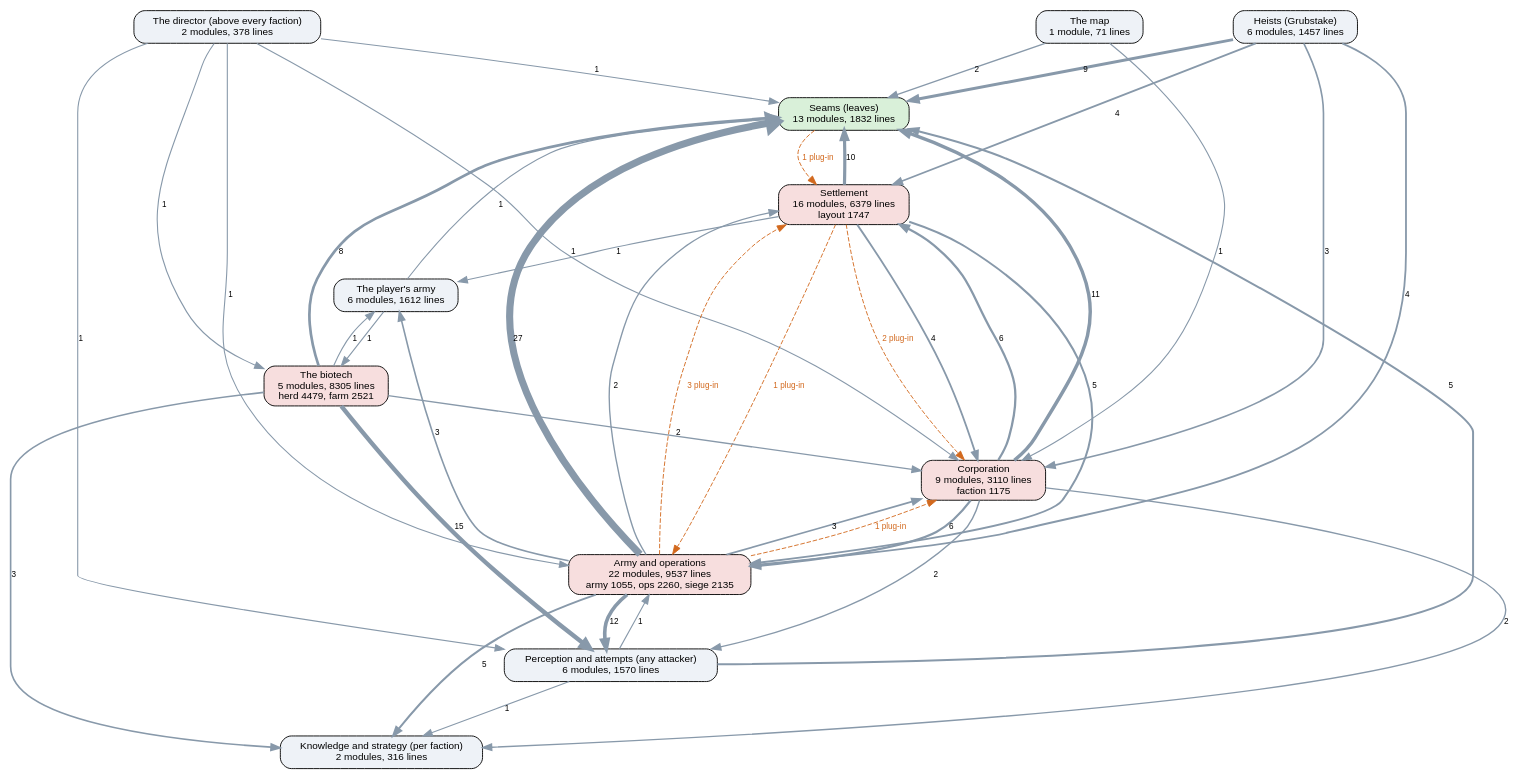
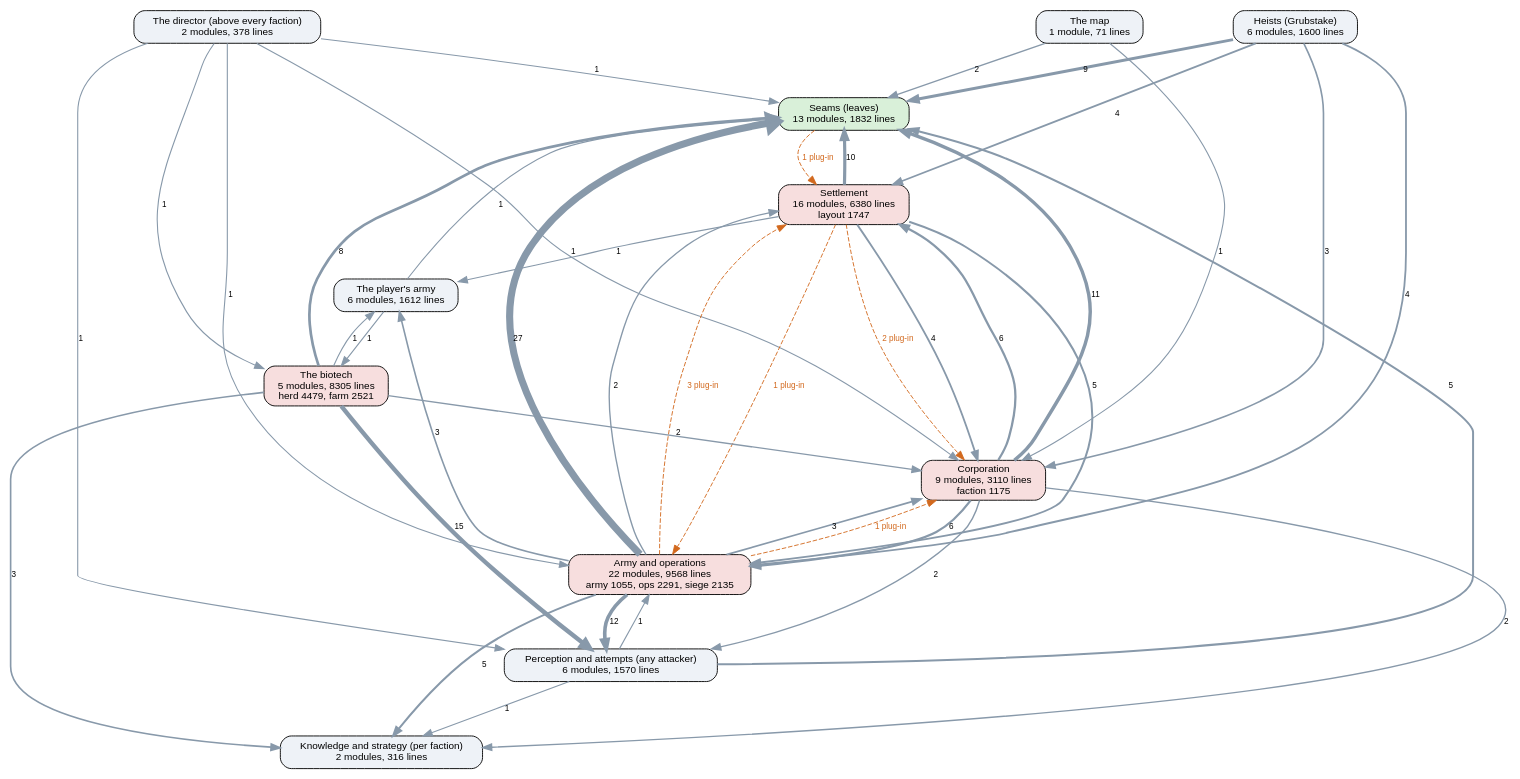
One commit to kinelhu/landing-party changed the diagram in docs/ai-layers.dot. Above: the diagram before and after it, drawn with Graphviz. The commit also changed 13 other files, not shown here.

```diff
--- a/docs/ai-layers.dot
+++ b/docs/ai-layers.dot
@@ -1,57 +1,57 @@
 digraph layers {
   graph [rankdir=TB, fontname="Helvetica", nodesep=0.5, ranksep=0.7];
   node [shape=box, style="rounded,filled", fontname="Helvetica", fontsize=11, fillcolor="#eef2f7"];
   edge [color="#8899aa", fontname="Helvetica", fontsize=9];
   "Seams (leaves)" [label="Seams (leaves)\n13 modules, 1832 lines", fillcolor="#d9f0d9"];
   "Perception and attempts (any attacker)" [label="Perception and attempts (any attacker)\n6 modules, 1570 lines", fillcolor="#eef2f7"];
   "Knowledge and strategy (per faction)" [label="Knowledge and strategy (per faction)\n2 modules, 316 lines", fillcolor="#eef2f7"];
   "The director (above every faction)" [label="The director (above every faction)\n2 modules, 378 lines", fillcolor="#eef2f7"];
   "Corporation" [label="Corporation\n9 modules, 3110 lines\nfaction 1175", fillcolor="#f7dede"];
-  "Settlement" [label="Settlement\n16 modules, 6379 lines\nlayout 1747", fillcolor="#f7dede"];
-  "Army and operations" [label="Army and operations\n22 modules, 9537 lines\narmy 1055, ops 2260, siege 2135", fillcolor="#f7dede"];
-  "Heists (Grubstake)" [label="Heists (Grubstake)\n6 modules, 1457 lines", fillcolor="#eef2f7"];
+  "Settlement" [label="Settlement\n16 modules, 6380 lines\nlayout 1747", fillcolor="#f7dede"];
+  "Army and operations" [label="Army and operations\n22 modules, 9568 lines\narmy 1055, ops 2291, siege 2135", fillcolor="#f7dede"];
+  "Heists (Grubstake)" [label="Heists (Grubstake)\n6 modules, 1600 lines", fillcolor="#eef2f7"];
   "The biotech" [label="The biotech\n5 modules, 8305 lines\nherd 4479, farm 2521", fillcolor="#f7dede"];
   "The map" [label="The map\n1 module, 71 lines", fillcolor="#eef2f7"];
   "The player's army" [label="The player's army\n6 modules, 1612 lines", fillcolor="#eef2f7"];
   "Army and operations" -> "Corporation" [label="3", penwidth=1.8];
   "Army and operations" -> "Knowledge and strategy (per faction)" [label="5", penwidth=2.2];
   "Army and operations" -> "Perception and attempts (any attacker)" [label="12", penwidth=4.0];
   "Army and operations" -> "Seams (leaves)" [label="27", penwidth=7.8];
   "Army and operations" -> "Settlement" [label="2", penwidth=1.5];
   "Army and operations" -> "The player's army" [label="3", penwidth=1.8];
   "Corporation" -> "Army and operations" [label="6", penwidth=2.5];
   "Corporation" -> "Knowledge and strategy (per faction)" [label="2", penwidth=1.5];
   "Corporation" -> "Perception and attempts (any attacker)" [label="2", penwidth=1.5];
   "Corporation" -> "Seams (leaves)" [label="11", penwidth=3.8];
   "Corporation" -> "Settlement" [label="6", penwidth=2.5];
   "Heists (Grubstake)" -> "Army and operations" [label="4", penwidth=2.0];
   "Heists (Grubstake)" -> "Corporation" [label="3", penwidth=1.8];
   "Heists (Grubstake)" -> "Seams (leaves)" [label="9", penwidth=3.2];
   "Heists (Grubstake)" -> "Settlement" [label="4", penwidth=2.0];
   "Perception and attempts (any attacker)" -> "Army and operations" [label="1", penwidth=1.2];
   "Perception and attempts (any attacker)" -> "Knowledge and strategy (per faction)" [label="1", penwidth=1.2];
   "Perception and attempts (any attacker)" -> "Seams (leaves)" [label="5", penwidth=2.2];
   "Settlement" -> "Army and operations" [label="5", penwidth=2.2];
   "Settlement" -> "Corporation" [label="4", penwidth=2.0];
   "Settlement" -> "Seams (leaves)" [label="10", penwidth=3.5];
   "Settlement" -> "The player's army" [label="1", penwidth=1.2];
   "The biotech" -> "Corporation" [label="2", penwidth=1.5];
   "The biotech" -> "Knowledge and strategy (per faction)" [label="3", penwidth=1.8];
   "The biotech" -> "Perception and attempts (any attacker)" [label="15", penwidth=4.8];
   "The biotech" -> "Seams (leaves)" [label="8", penwidth=3.0];
   "The biotech" -> "The player's army" [label="1", penwidth=1.2];
   "The director (above every faction)" -> "Army and operations" [label="1", penwidth=1.2];
   "The director (above every faction)" -> "Corporation" [label="1", penwidth=1.2];
   "The director (above every faction)" -> "Perception and attempts (any attacker)" [label="1", penwidth=1.2];
   "The director (above every faction)" -> "Seams (leaves)" [label="1", penwidth=1.2];
   "The director (above every faction)" -> "The biotech" [label="1", penwidth=1.2];
   "The map" -> "Corporation" [label="1", penwidth=1.2];
   "The map" -> "Seams (leaves)" [label="2", penwidth=1.5];
   "The player's army" -> "Seams (leaves)" [label="1", penwidth=1.2];
   "The player's army" -> "The biotech" [label="1", penwidth=1.2];
   "Army and operations" -> "Corporation" [style=dashed, color="#d2691e", fontcolor="#d2691e", label="1 plug-in"];
   "Army and operations" -> "Settlement" [style=dashed, color="#d2691e", fontcolor="#d2691e", label="3 plug-in"];
   "Seams (leaves)" -> "Settlement" [style=dashed, color="#d2691e", fontcolor="#d2691e", label="1 plug-in"];
   "Settlement" -> "Army and operations" [style=dashed, color="#d2691e", fontcolor="#d2691e", label="1 plug-in"];
   "Settlement" -> "Corporation" [style=dashed, color="#d2691e", fontcolor="#d2691e", label="2 plug-in"];
 }
```
